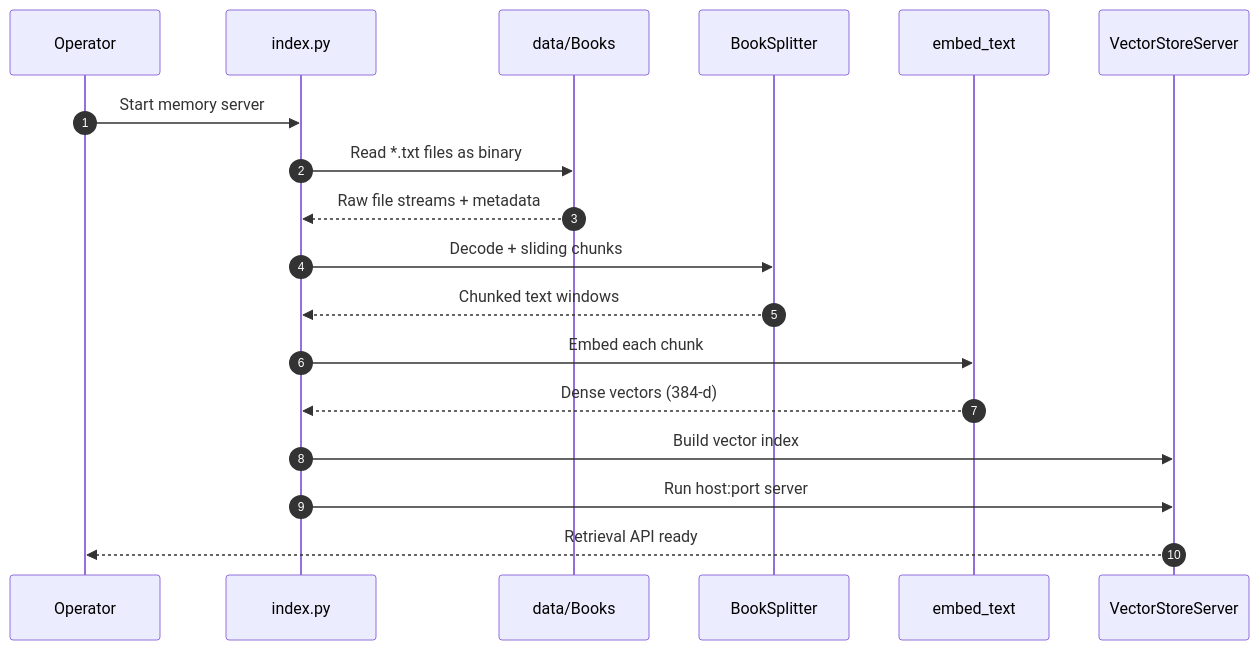
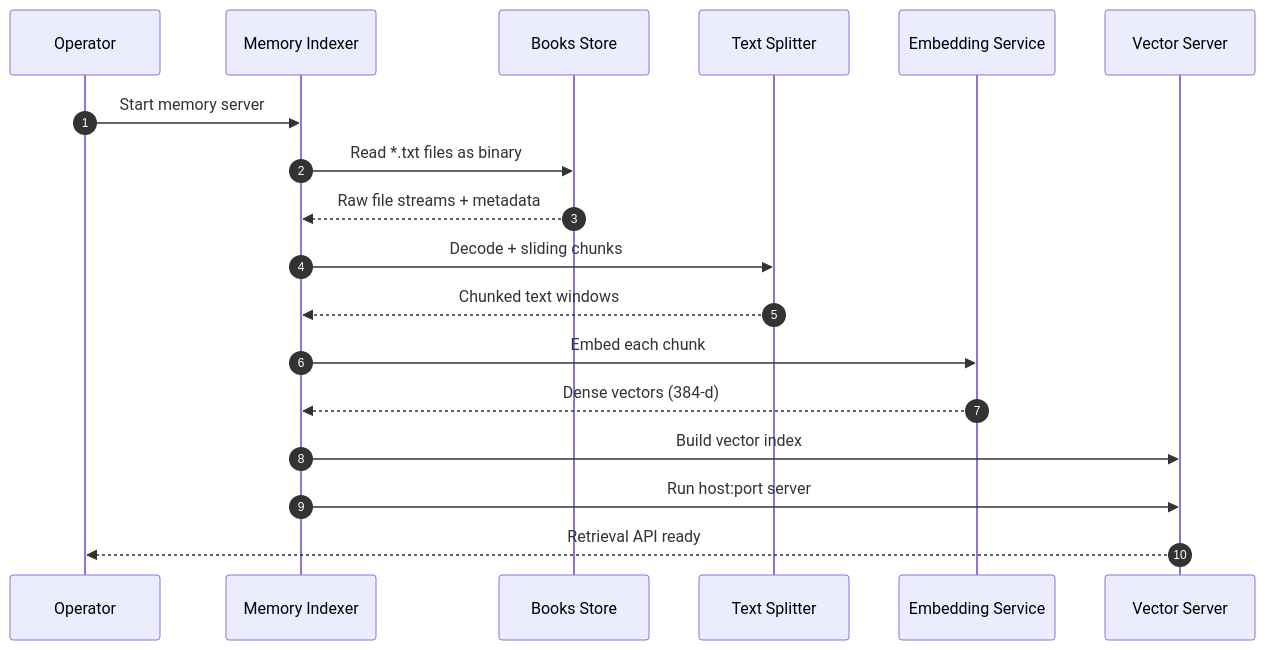
One commit to Roshansingh9/Narrative-Consistency-Engine changed the second of 6 diagrams in README.md. Above: the diagram before and after it, drawn with Mermaid. The commit also changed other lines of this file, not shown here.

````diff
--- a/README.md
+++ b/README.md
@@ -143,21 +182,21 @@
 ```mermaid
 sequenceDiagram
 	autonumber
 	participant Dev as Operator
-	participant Index as index.py
-	participant FS as data/Books
-	participant Split as BookSplitter
-	participant Emb as embed_text
-	participant VS as VectorStoreServer
+	participant Index as Memory Indexer
+	participant FS as Books Store
+	participant Split as Text Splitter
+	participant Emb as Embedding Service
+	participant VS as Vector Server
 
 	Dev->>Index: Start memory server
 	Index->>FS: Read *.txt files as binary
 	FS-->>Index: Raw file streams + metadata
 	Index->>Split: Decode + sliding chunks
 	Split-->>Index: Chunked text windows
 	Index->>Emb: Embed each chunk
 	Emb-->>Index: Dense vectors (384-d)
 	Index->>VS: Build vector index
 	Index->>VS: Run host:port server
 	VS-->>Dev: Retrieval API ready
 ```
````
